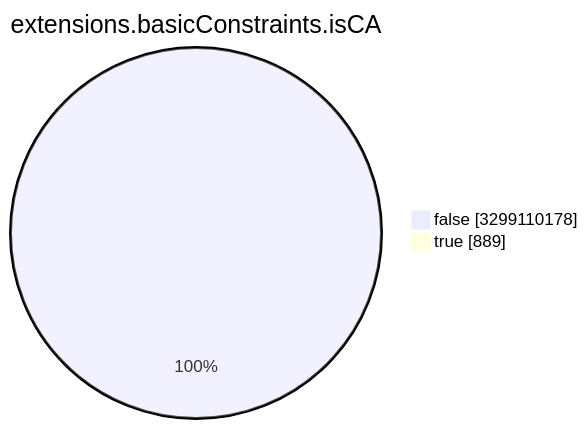
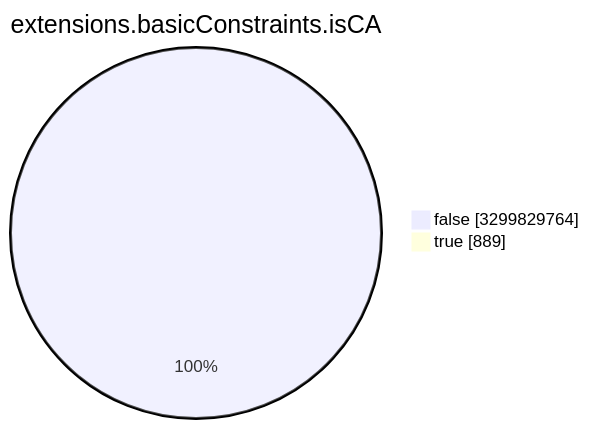
The seventh of 15 diagrams in TOTAL/README.md (christiankrug/ctmonitor_visualization), drawn with Mermaid before and after one commit. The commit also changed other lines of this file, not shown here.

````diff
--- a/TOTAL/README.md
+++ b/TOTAL/README.md
@@ -3089,6 +3089,6 @@
 ```mermaid
 pie showData
 title extensions.basicConstraints.isCA
-"false" :3299110178
+"false" :3299829764
 "true" :889
 ```
````
